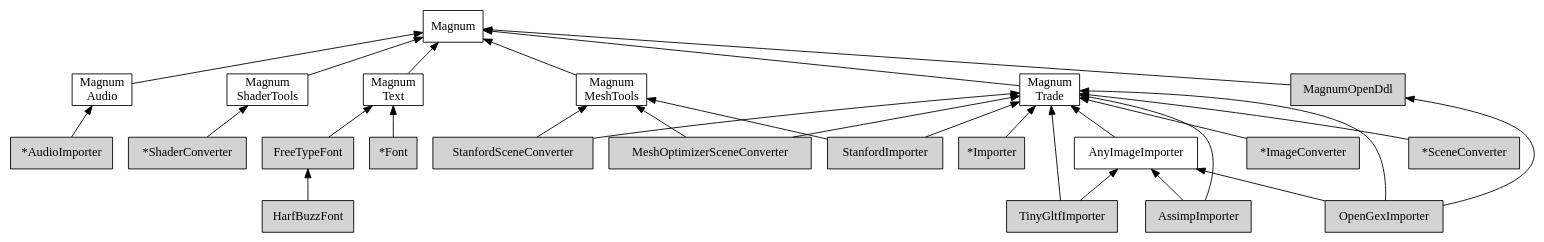
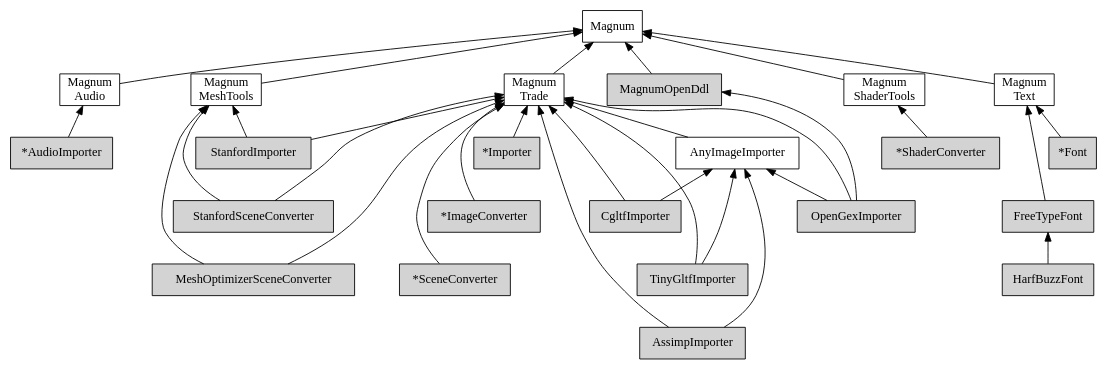
One commit to mosra/magnum-plugins changed the diagram in doc/custom-buildsystems-plugins-order.dot. Above: the diagram before and after it, drawn with Graphviz.

Commit message:
doc: update the plugin library dependency graph.

```diff
--- a/doc/custom-buildsystems-plugins-order.dot
+++ b/doc/custom-buildsystems-plugins-order.dot
@@ -1,89 +1,102 @@
 /*
     This file is part of Magnum.
 
     Copyright © 2010, 2011, 2012, 2013, 2014, 2015, 2016, 2017, 2018, 2019,
                 2020, 2021, 2022 Vladimír Vondruš <mosra@centrum.cz>
 
     Permission is hereby granted, free of charge, to any person obtaining a
     copy of this software and associated documentation files (the "Software"),
     to deal in the Software without restriction, including without limitation
     the rights to use, copy, modify, merge, publish, distribute, sublicense,
     and/or sell copies of the Software, and to permit persons to whom the
     Software is furnished to do so, subject to the following conditions:
 
     The above copyright notice and this permission notice shall be included
     in all copies or substantial portions of the Software.
 
     THE SOFTWARE IS PROVIDED "AS IS", WITHOUT WARRANTY OF ANY KIND, EXPRESS OR
     IMPLIED, INCLUDING BUT NOT LIMITED TO THE WARRANTIES OF MERCHANTABILITY,
     FITNESS FOR A PARTICULAR PURPOSE AND NONINFRINGEMENT. IN NO EVENT SHALL
     THE AUTHORS OR COPYRIGHT HOLDERS BE LIABLE FOR ANY CLAIM, DAMAGES OR OTHER
     LIABILITY, WHETHER IN AN ACTION OF CONTRACT, TORT OR OTHERWISE, ARISING
     FROM, OUT OF OR IN CONNECTION WITH THE SOFTWARE OR THE USE OR OTHER
     DEALINGS IN THE SOFTWARE.
 */
 
 digraph "Magnum Plugins dependency order" {
     rankdir=BT
     ranksep=0.5
     node [style=filled shape=rect margin="0.03,0.03"]
 
     Magnum [style=solid class="m-info"]
     MagnumAudio [style=solid label="Magnum\nAudio" class="m-info"]
     MagnumMeshTools [style=solid label="Magnum\nMeshTools" class="m-info"]
     MagnumShaderTools [style=solid label="Magnum\nShaderTools" class="m-info"]
     MagnumText [style=solid label="Magnum\nText" class="m-info"]
     MagnumTrade [style=solid label="Magnum\nTrade" class="m-info"]
 
     {rank=same MagnumAudio MagnumMeshTools MagnumText MagnumTrade}
 
     AnyImageImporter [style=solid class="m-success"]
 
     MagnumOpenDdl [class="m-info"]
 
     AudioImporter [label="*AudioImporter" class="m-success"]
     ImageConverter [label="*ImageConverter" class="m-success"]
     SceneConverter [label="*SceneConverter" class="m-success"]
     ShaderConverter [label="*ShaderConverter" class="m-success"]
     Importer [label="*Importer" class="m-success"]
     Font [label="*Font" class="m-success"]
 
     AssimpImporter [class="m-success"]
     FreeTypeFont [class="m-success"]
     HarfBuzzFont [class="m-success"]
     OpenGexImporter [class="m-success"]
+    CgltfImporter [class="m-success"]
     TinyGltfImporter [class="m-success"]
+    MeshOptimizerSceneConverter [class="m-success"]
+    StanfordImporter [class="m-success"]
+    StanfordSceneConverter [class="m-success"]
 
     MagnumAudio -> Magnum [class="m-info"]
     MagnumMeshTools -> Magnum [class="m-info"]
     MagnumShaderTools -> Magnum [class="m-info"]
     MagnumText -> Magnum [class="m-info"]
     MagnumTrade -> Magnum [class="m-info"]
 
     AnyImageImporter -> MagnumTrade [class="m-success"]
 
     MagnumOpenDdl -> Magnum
 
     AudioImporter -> MagnumAudio
     ImageConverter -> MagnumTrade
     SceneConverter -> MagnumTrade
     ShaderConverter -> MagnumShaderTools
     Importer -> MagnumTrade
     Font -> MagnumText
 
     AssimpImporter -> MagnumTrade
     AssimpImporter -> AnyImageImporter
     FreeTypeFont -> MagnumText
     HarfBuzzFont -> FreeTypeFont
-    MeshOptimizerSceneConverter -> MagnumTrade
-    MeshOptimizerSceneConverter -> MagnumMeshTools
     OpenGexImporter -> MagnumTrade
     OpenGexImporter -> AnyImageImporter
     OpenGexImporter -> MagnumOpenDdl
+    CgltfImporter -> MagnumTrade
+    CgltfImporter -> AnyImageImporter
+    TinyGltfImporter -> MagnumTrade
+    TinyGltfImporter -> AnyImageImporter
+
     StanfordImporter -> MagnumTrade
     StanfordImporter -> MagnumMeshTools
+    MeshOptimizerSceneConverter -> MagnumTrade
+    MeshOptimizerSceneConverter -> MagnumMeshTools
     StanfordSceneConverter -> MagnumTrade
     StanfordSceneConverter -> MagnumMeshTools
-    TinyGltfImporter -> MagnumTrade
-    TinyGltfImporter -> AnyImageImporter
+
+    /* To make the graph less wide */
+    SceneConverter -> ImageConverter -> Importer [style="invis"]
+    AssimpImporter -> TinyGltfImporter -> CgltfImporter [style="invis"]
+    FreeTypeFont -> Font [style="invis"]
+    MeshOptimizerSceneConverter -> StanfordSceneConverter -> StanfordImporter [style="invis"]
 }
```
